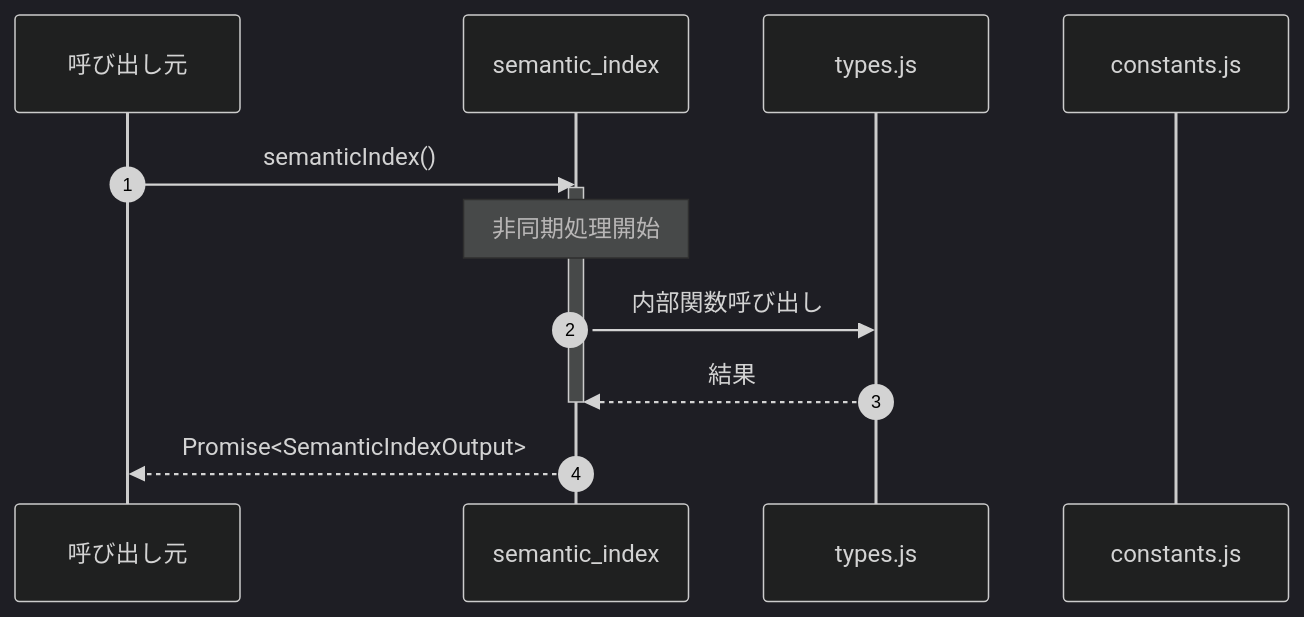
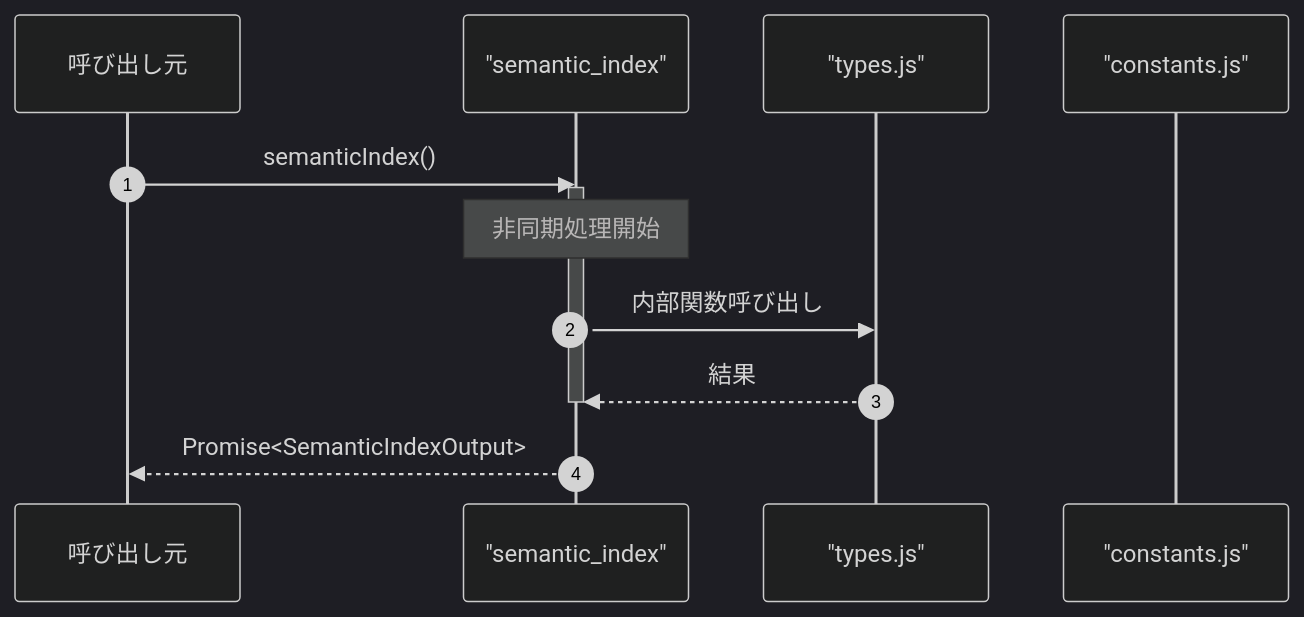
One commit to Mekann2904/mekann changed the third of 3 diagrams in ABDD/.pi/extensions/search/tools/semantic_index.md. Above: the diagram before and after it, drawn with Mermaid (dark theme). The commit also changed other lines of this file and 152 other files, not shown here.

First line of the commit message:
fix: Mermaid図のラベル内の特殊文字をエスケープする

````diff
--- a/ABDD/.pi/extensions/search/tools/semantic_index.md
+++ b/ABDD/.pi/extensions/search/tools/semantic_index.md
@@ -64,16 +64,16 @@
 ```mermaid
 sequenceDiagram
   autonumber
   participant Caller as 呼び出し元
-  participant semantic_index as semantic_index
-  participant types_js as types.js
-  participant constants_js as constants.js
+  participant semantic_index as "semantic_index"
+  participant types_js as "types.js"
+  participant constants_js as "constants.js"
 
   Caller->>semantic_index: semanticIndex()
   activate semantic_index
   Note over semantic_index: 非同期処理開始
   semantic_index->>types_js: 内部関数呼び出し
   types_js-->>semantic_index: 結果
   deactivate semantic_index
   semantic_index-->>Caller: Promise<SemanticIndexOutput>
 ```
````
